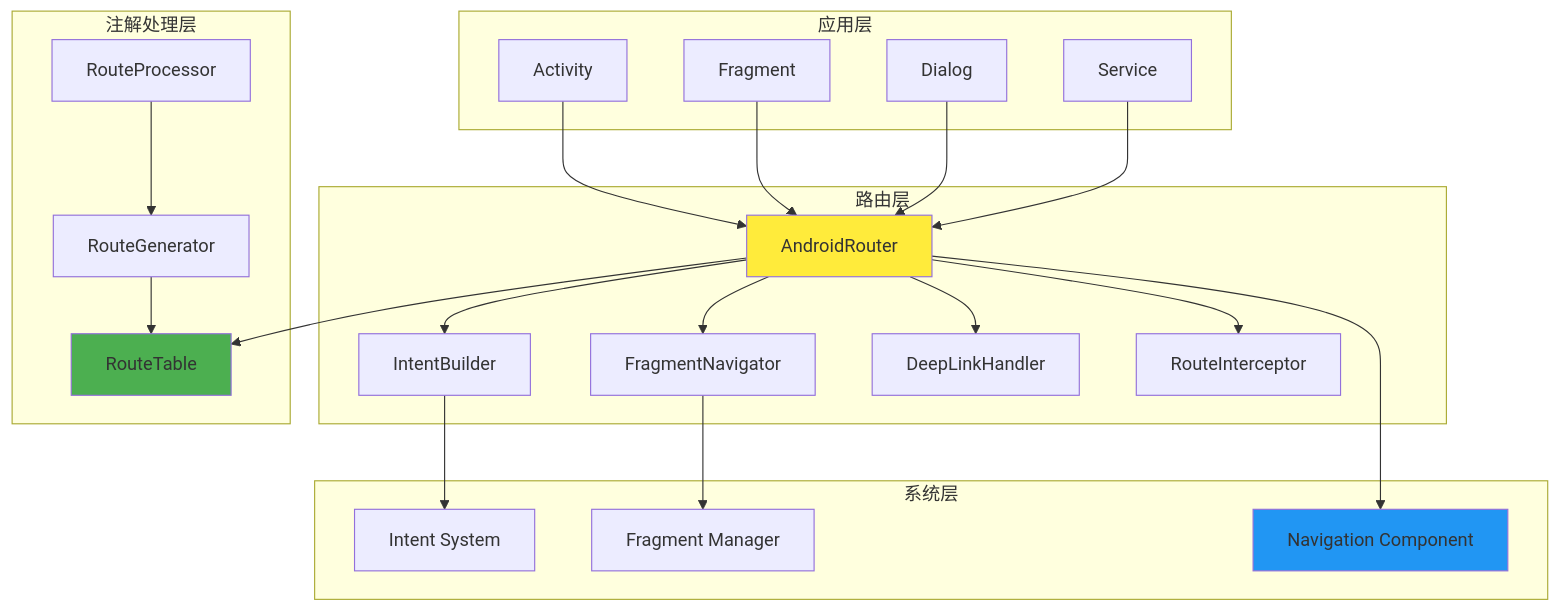
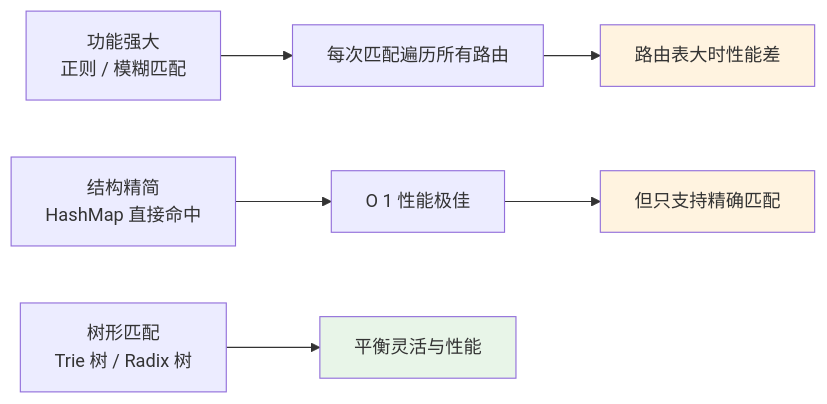
One commit to chongyang211/YCBookBlog changed the second of 12 diagrams in 00.通用技术的提升/07.方案设计思想/卷三-通信与协议/15.路由库设计思想.md. Above: the diagram before and after it, drawn with Mermaid. The commit also changed other lines of this file and 44 other files, not shown here.

````diff
--- a/00.通用技术的提升/07.方案设计思想/卷三-通信与协议/15.路由库设计思想.md
+++ b/00.通用技术的提升/07.方案设计思想/卷三-通信与协议/15.路由库设计思想.md
@@ -382,51 +127,14 @@
 ```mermaid
-graph TB
-    subgraph "应用层"
-        A1[Activity]
-        A2[Fragment]
-        A3[Dialog]
-        A4[Service]
-    end
+graph LR
+    A[功能强大<br/>正则 / 模糊匹配] --> B[每次匹配遍历所有路由]
+    B --> C[路由表大时性能差]
     
-    subgraph "路由层"
-        B1[AndroidRouter]
-        B2[IntentBuilder]
-        B3[FragmentNavigator]
-        B4[DeepLinkHandler]
-        B5[RouteInterceptor]
-    end
+    A2[结构精简<br/>HashMap 直接命中] --> B2[O 1 性能极佳]
+    B2 --> C2[但只支持精确匹配]
     
-    subgraph "注解处理层"
-        C1[RouteProcessor]
-        C2[RouteGenerator]
-        C3[RouteTable]
-    end
+    A3[树形匹配<br/>Trie 树 / Radix 树] --> B3[平衡灵活与性能]
     
-    subgraph "系统层"
-        D1[Intent System]
-        D2[Fragment Manager]
-        D3[Navigation Component]
-    end
-    
-    A1 --> B1
-    A2 --> B1
-    A3 --> B1
-    A4 --> B1
-    
-    B1 --> B2
-    B1 --> B3
-    B1 --> B4
-    B1 --> B5
-    
-    B1 --> C3
-    C1 --> C2
-    C2 --> C3
-    
-    B2 --> D1
-    B3 --> D2
-    B1 --> D3
-    
-    style B1 fill:#ffeb3b
-    style C3 fill:#4caf50
-    style D3 fill:#2196f3
+    style C fill:#fff3e0
+    style C2 fill:#fff3e0
+    style B3 fill:#e8f5e8
 ```
````
